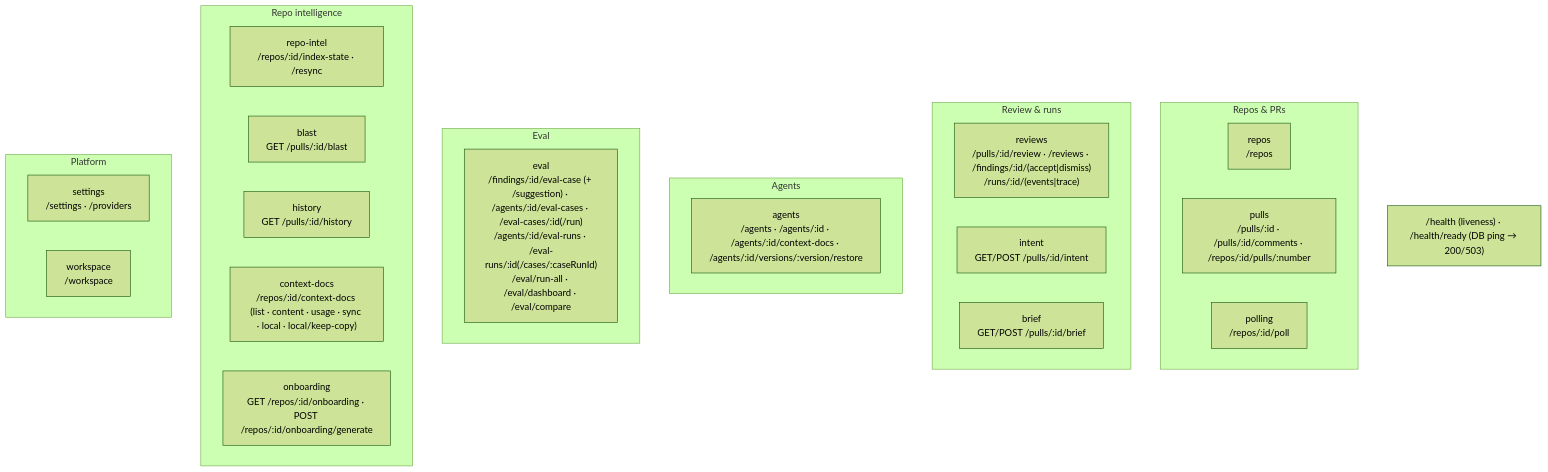
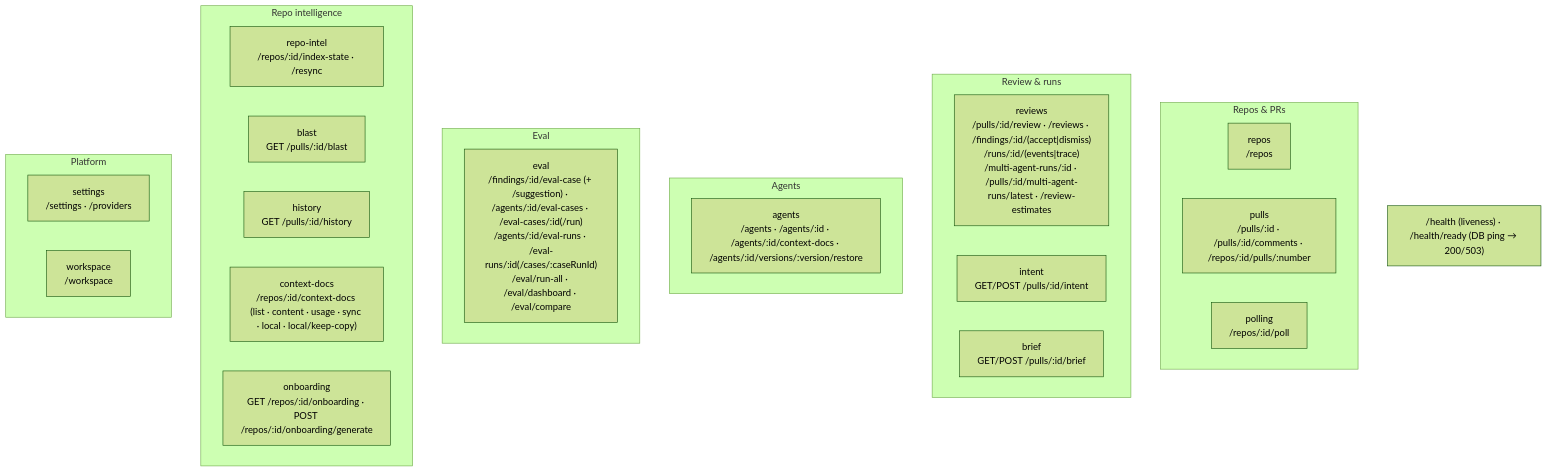
One commit to BalakaMd/dev-digest changed the second of 2 diagrams in server/README.md. Above: the diagram before and after it, drawn with Mermaid (forest theme). The commit also changed 164 other files, not shown here.

First line of the commit message:
feat(reviews): multi-agent review with live per-agent status (SPEC-08)

````diff
--- a/server/README.md
+++ b/server/README.md
@@ -64,31 +64,31 @@
 ```mermaid
 flowchart TB
   subgraph Repos_PRs["Repos & PRs"]
     repos["repos<br/>/repos"]
     pulls["pulls<br/>/pulls/:id · /pulls/:id/comments · /repos/:id/pulls/:number"]
     polling["polling<br/>/repos/:id/poll"]
   end
   subgraph Review["Review & runs"]
-    reviews["reviews<br/>/pulls/:id/review · /reviews · /findings/:id/(accept|dismiss)<br/>/runs/:id/(events|trace)"]
+    reviews["reviews<br/>/pulls/:id/review · /reviews · /findings/:id/(accept|dismiss)<br/>/runs/:id/(events|trace)<br/>/multi-agent-runs/:id · /pulls/:id/multi-agent-runs/latest · /review-estimates"]
     intent["intent<br/>GET/POST /pulls/:id/intent"]
     brief["brief<br/>GET/POST /pulls/:id/brief"]
   end
   subgraph Agents["Agents"]
     agents["agents<br/>/agents · /agents/:id · /agents/:id/context-docs · /agents/:id/versions/:version/restore"]
   end
   subgraph Eval["Eval"]
     evalMod["eval<br/>/findings/:id/eval-case (+ /suggestion) · /agents/:id/eval-cases · /eval-cases/:id(/run)<br/>/agents/:id/eval-runs · /eval-runs/:id(/cases/:caseRunId)<br/>/eval/run-all · /eval/dashboard · /eval/compare"]
   end
   subgraph Intel["Repo intelligence"]
     repoIntel["repo-intel<br/>/repos/:id/index-state · /resync"]
     blast["blast<br/>GET /pulls/:id/blast"]
     history["history<br/>GET /pulls/:id/history"]
     contextDocs["context-docs<br/>/repos/:id/context-docs (list · content · usage · sync · local · local/keep-copy)"]
     onboarding["onboarding<br/>GET /repos/:id/onboarding · POST /repos/:id/onboarding/generate"]
   end
   subgraph Platform["Platform"]
     settings["settings<br/>/settings · /providers"]
     workspace["workspace<br/>/workspace"]
   end
   HEALTH["/health (liveness) · /health/ready (DB ping → 200/503)"]
 ```
````
